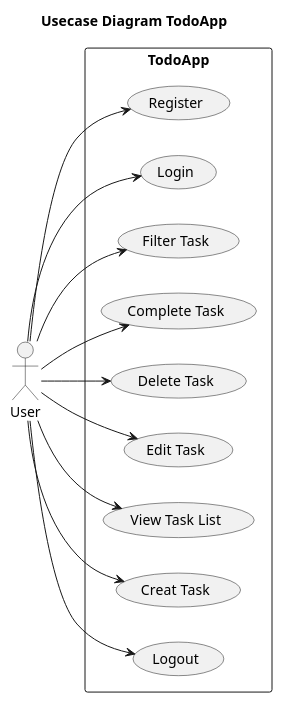
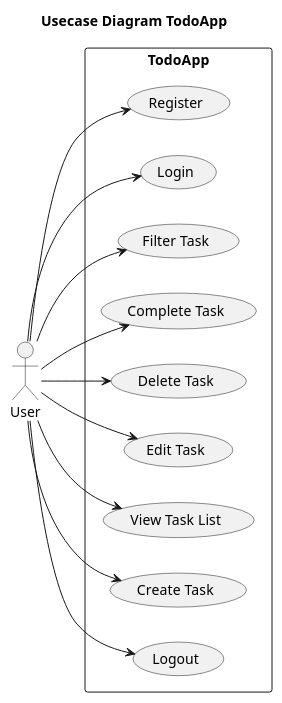
One commit to DoanLe2k1/TodoApp-API changed the diagram in diagrams/usecaseDiagram/usecaseDiagram.pu. Above: the diagram before and after it, drawn with PlantUML. The commit also changed 2 other files, not shown here.

Commit message:
Update: fix deleteTask & addTaskl

```diff
--- a/diagrams/usecaseDiagram/usecaseDiagram.pu
+++ b/diagrams/usecaseDiagram/usecaseDiagram.pu
@@ -1,25 +1,25 @@
 @startuml
 title Usecase Diagram TodoApp
 left to right direction
 actor "User" as user
 rectangle TodoApp {
   usecase "Register" as register
   usecase "Login" as login
   usecase "Filter Task" as filter
   usecase "Complete Task" as completeTask
   usecase "Delete Task" as deleteTask
   usecase "Edit Task" as editTask
   usecase "View Task List" as viewTask
-  usecase "Creat Task" as createTask
+  usecase "Create Task" as createTask
   usecase "Logout" as logout
 }
 user --> register
 user --> login
 user --> filter
 user --> completeTask
 user --> deleteTask
 user --> editTask
 user --> viewTask
 user --> createTask
 user --> logout
 @enduml
```
